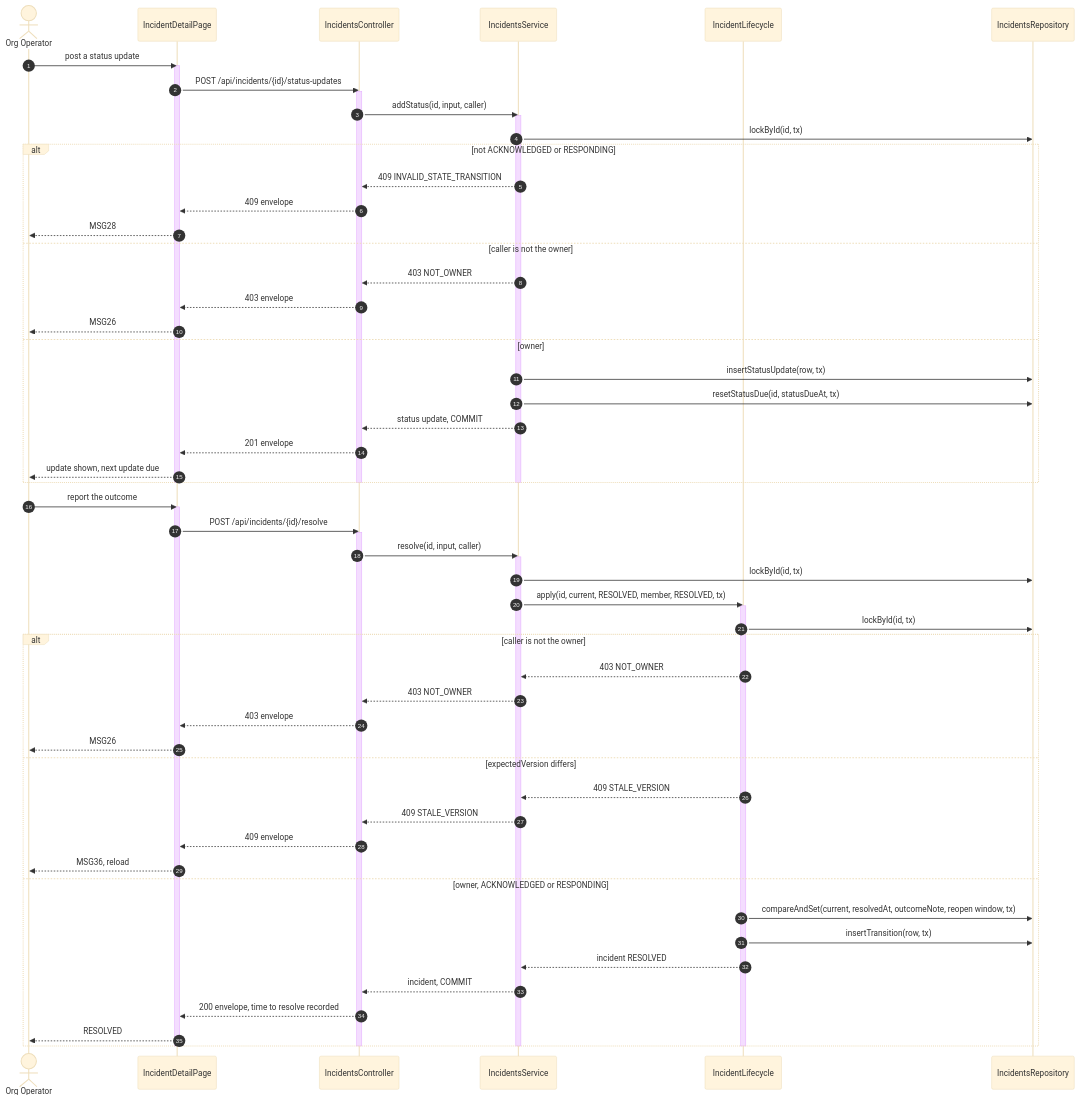
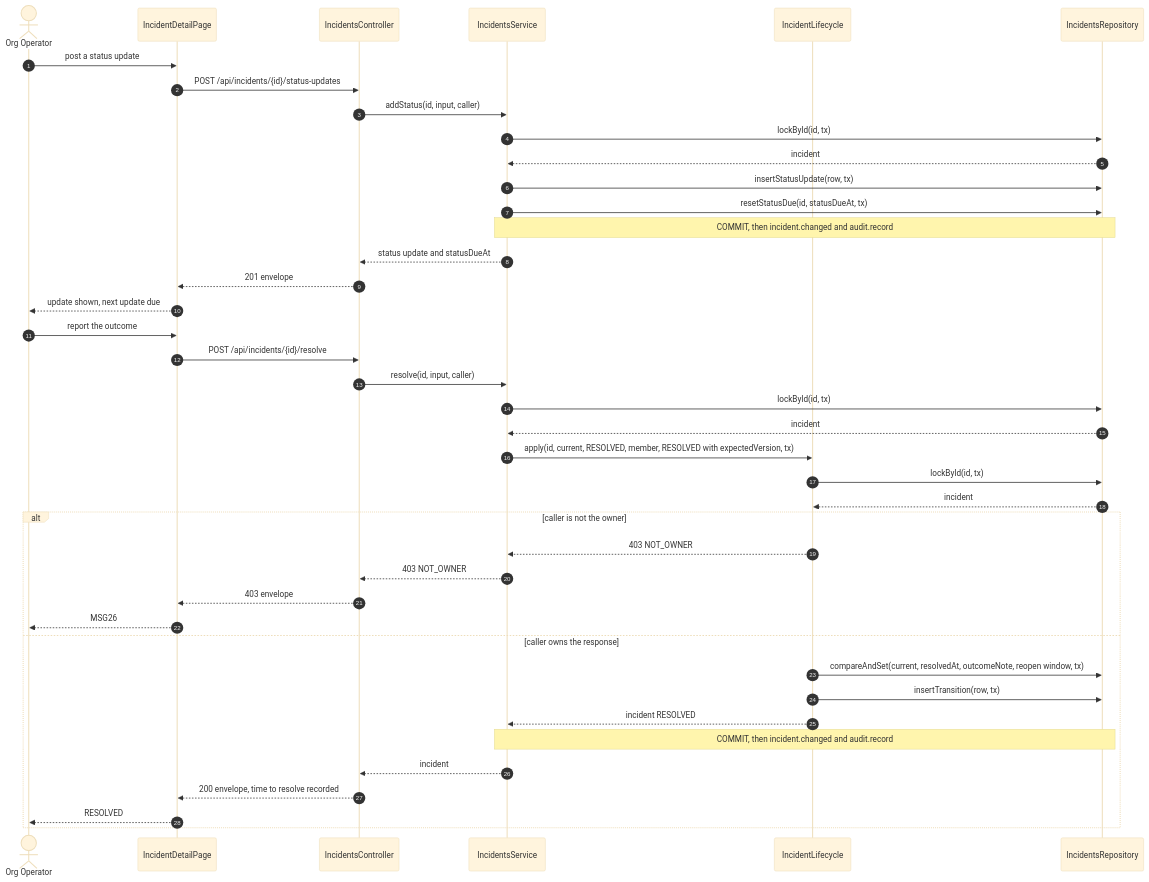
The ninth of 10 diagrams in specs/incidents/design.md (TrekLink-Team/treklink-web), drawn with Mermaid (base theme) before and after one commit. The commit also changed other lines of this file and 8 other files, not shown here.

First line of the commit message:
docs: keep one alt and no activation lines in the incidents sequences

````diff
--- a/specs/incidents/design.md
+++ b/specs/incidents/design.md
@@ -587,67 +517,43 @@
 ```mermaid
 sequenceDiagram
     autonumber
     actor Op as Org Operator
     participant P as IncidentDetailPage
     participant C as IncidentsController
     participant S as IncidentsService
     participant L as IncidentLifecycle
     participant R as IncidentsRepository
     Op->>P: post a status update
-    activate P
     P->>C: POST /api/incidents/{id}/status-updates
-    activate C
     C->>S: addStatus(id, input, caller)
-    activate S
     S->>R: lockById(id, tx)
-    alt not ACKNOWLEDGED or RESPONDING
-        S-->>C: 409 INVALID_STATE_TRANSITION
-        C-->>P: 409 envelope
-        P-->>Op: MSG28
-    else caller is not the owner
-        S-->>C: 403 NOT_OWNER
-        C-->>P: 403 envelope
-        P-->>Op: MSG26
-    else owner
-        S->>R: insertStatusUpdate(row, tx)
-        S->>R: resetStatusDue(id, statusDueAt, tx)
-        S-->>C: status update, COMMIT
-        C-->>P: 201 envelope
-        P-->>Op: update shown, next update due
-    end
-    deactivate S
-    deactivate C
-    deactivate P
+    R-->>S: incident
+    S->>R: insertStatusUpdate(row, tx)
+    S->>R: resetStatusDue(id, statusDueAt, tx)
+    Note over S,R: COMMIT, then incident.changed and audit.record
+    S-->>C: status update and statusDueAt
+    C-->>P: 201 envelope
+    P-->>Op: update shown, next update due
     Op->>P: report the outcome
-    activate P
     P->>C: POST /api/incidents/{id}/resolve
-    activate C
     C->>S: resolve(id, input, caller)
-    activate S
     S->>R: lockById(id, tx)
-    S->>L: apply(id, current, RESOLVED, member, RESOLVED, tx)
-    activate L
+    R-->>S: incident
+    S->>L: apply(id, current, RESOLVED, member, RESOLVED with expectedVersion, tx)
     L->>R: lockById(id, tx)
+    R-->>L: incident
     alt caller is not the owner
         L-->>S: 403 NOT_OWNER
         S-->>C: 403 NOT_OWNER
         C-->>P: 403 envelope
         P-->>Op: MSG26
-    else expectedVersion differs
-        L-->>S: 409 STALE_VERSION
-        S-->>C: 409 STALE_VERSION
-        C-->>P: 409 envelope
-        P-->>Op: MSG36, reload
-    else owner, ACKNOWLEDGED or RESPONDING
+    else caller owns the response
         L->>R: compareAndSet(current, resolvedAt, outcomeNote, reopen window, tx)
         L->>R: insertTransition(row, tx)
         L-->>S: incident RESOLVED
-        S-->>C: incident, COMMIT
+        Note over S,R: COMMIT, then incident.changed and audit.record
+        S-->>C: incident
         C-->>P: 200 envelope, time to resolve recorded
         P-->>Op: RESOLVED
     end
-    deactivate L
-    deactivate S
-    deactivate C
-    deactivate P
 ```
````
